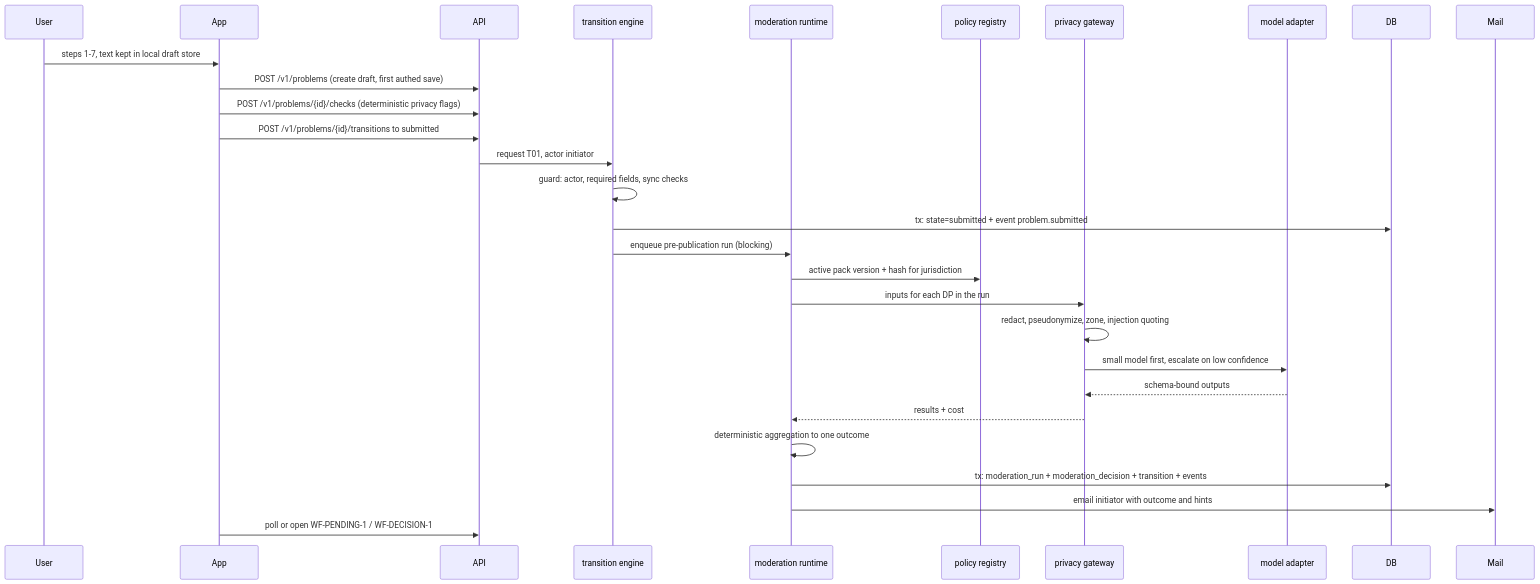
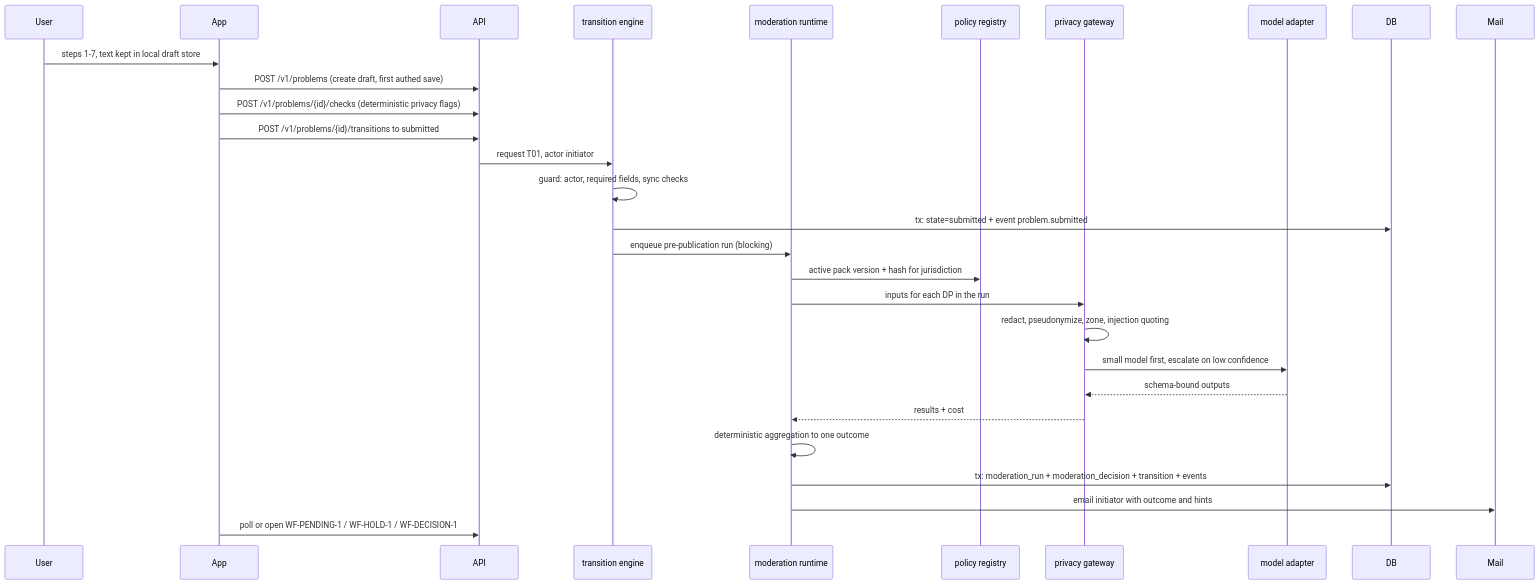
Before and after one commit to community-action-network-oss/community_action_network_oss: the first of 2 diagrams in docs/design/flows/intake-submit.md, drawn with Mermaid. The commit also changed other lines of this file and 8 other files, not shown here.

Commit message:
W4 P3: apply new WF ids to flows and components, trim system-design under cap

````diff
--- a/docs/design/flows/intake-submit.md
+++ b/docs/design/flows/intake-submit.md
@@ -13,31 +13,31 @@
 ```mermaid
 sequenceDiagram
   participant User
   participant App
   participant API
   participant Eng as transition engine
   participant Mod as moderation runtime
   participant Pol as policy registry
   participant GW as privacy gateway
   participant LLM as model adapter
   participant DB
   participant Mail
   User->>App: steps 1-7, text kept in local draft store
   App->>API: POST /v1/problems (create draft, first authed save)
   App->>API: POST /v1/problems/{id}/checks (deterministic privacy flags)
   App->>API: POST /v1/problems/{id}/transitions to submitted
   API->>Eng: request T01, actor initiator
   Eng->>Eng: guard: actor, required fields, sync checks
   Eng->>DB: tx: state=submitted + event problem.submitted
   Eng->>Mod: enqueue pre-publication run (blocking)
   Mod->>Pol: active pack version + hash for jurisdiction
   Mod->>GW: inputs for each DP in the run
   GW->>GW: redact, pseudonymize, zone, injection quoting
   GW->>LLM: small model first, escalate on low confidence
   LLM-->>GW: schema-bound outputs
   GW-->>Mod: results + cost
   Mod->>Mod: deterministic aggregation to one outcome
   Mod->>DB: tx: moderation_run + moderation_decision + transition + events
   Mod->>Mail: email initiator with outcome and hints
-  App->>API: poll or open WF-PENDING-1 / WF-DECISION-1
+  App->>API: poll or open WF-PENDING-1 / WF-HOLD-1 / WF-DECISION-1
 ```
````
